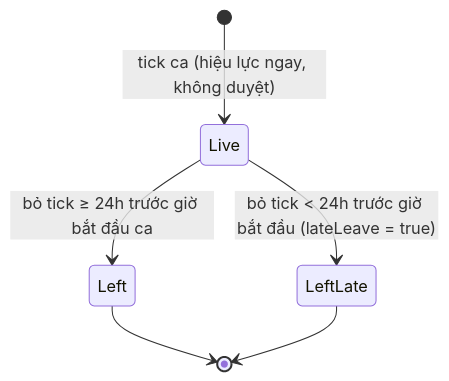
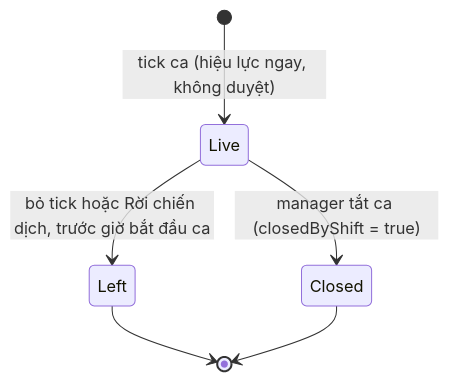
The third of 13 diagrams in 04-state-machines.md (DOAN2-UQT-KN/ecolink-docs), drawn with Mermaid before and after one commit. The commit also changed other lines of this file and 9 other files, not shown here.

Commit message:
docs: rời ca tự do, báo thiếu/vượt người, mời lại, tắt ca

````diff
--- a/04-state-machines.md
+++ b/04-state-machines.md
@@ -94,8 +94,8 @@
 ```mermaid
 stateDiagram-v2
   [*] --> Live: tick ca (hiệu lực ngay, không duyệt)
-  Live --> Left: bỏ tick ≥ 24h trước giờ bắt đầu ca
-  Live --> LeftLate: bỏ tick < 24h trước giờ bắt đầu (lateLeave = true)
+  Live --> Left: bỏ tick hoặc Rời chiến dịch, trước giờ bắt đầu ca
+  Live --> Closed: manager tắt ca (closedByShift = true)
   Left --> [*]
-  LeftLate --> [*]
+  Closed --> [*]
 ```
````
